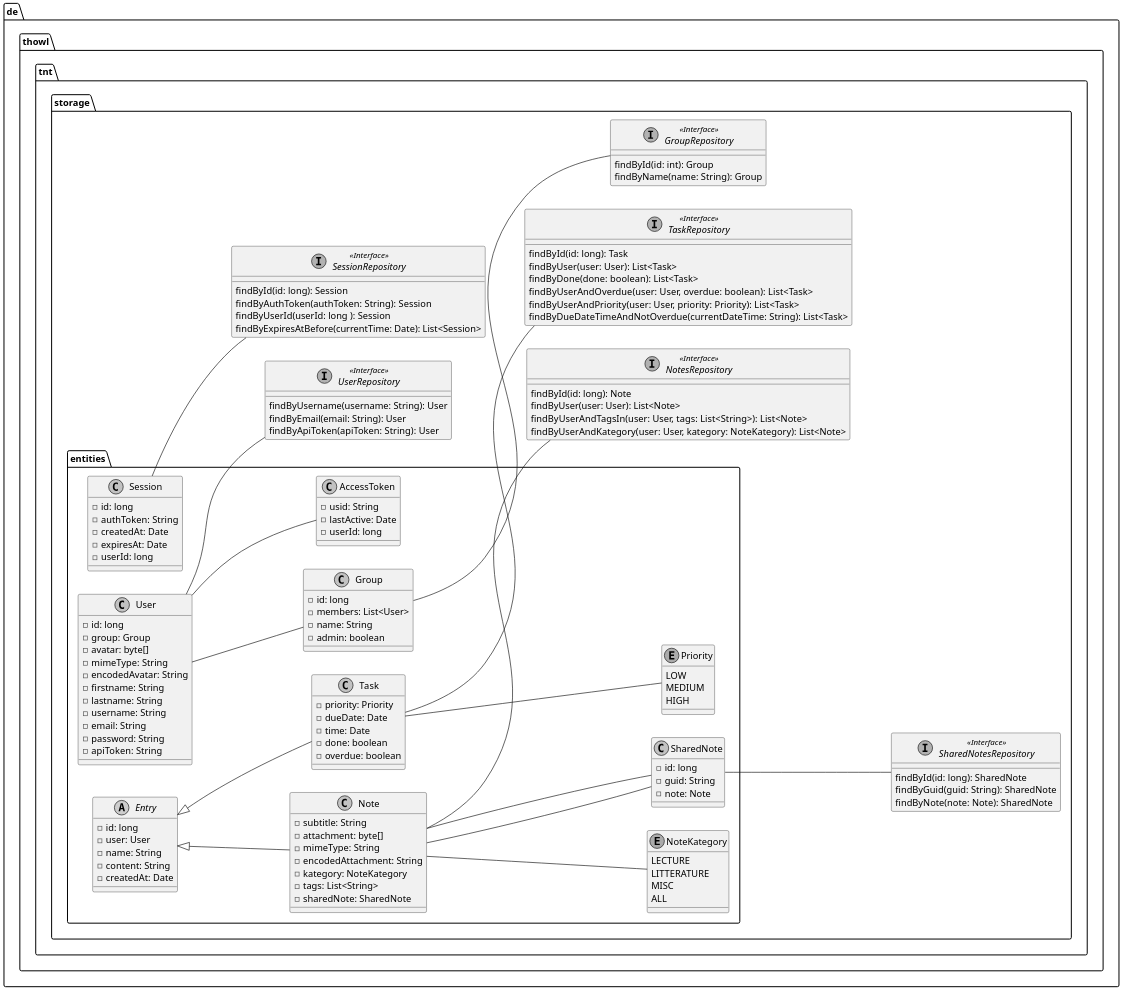
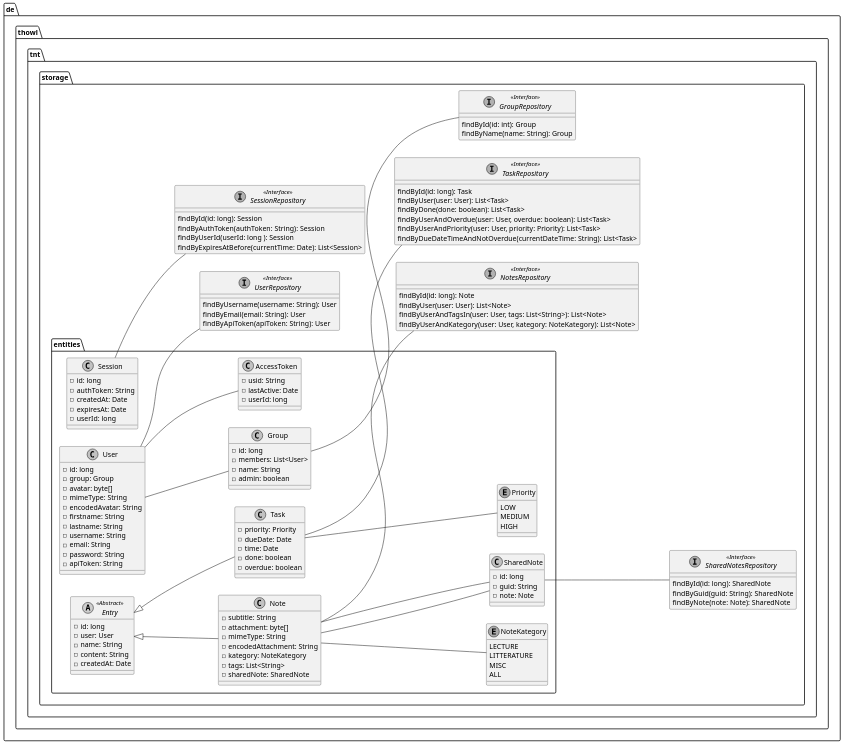
Before and after one commit to j0giwa/TnT: the second of 3 diagrams in doc/uml/tnt.puml, drawn with PlantUML. The commit also changed 1 other file, not shown here.

Commit message:
Updated a diagramm

```diff
--- a/doc/uml/tnt.puml
+++ b/doc/uml/tnt.puml
@@ -57,152 +57,152 @@
 @startuml tnt-storage
 
 skinparam monochrome true
-skinparam dpi 400
+skinparam dpi 300
 scale 200 width
 scale 700 height
 
 left to right direction
 
 package de.thowl.tnt.storage {
 
 	interface GroupRepository <<Interface>> {
 		findById(id: int): Group
 		findByName(name: String): Group
 	}
 
 	interface NotesRepository <<Interface>> {
 		findById(id: long): Note
 		findByUser(user: User): List<Note>
 		findByUserAndTagsIn(user: User, tags: List<String>): List<Note>
 		findByUserAndKategory(user: User, kategory: NoteKategory): List<Note>
 	}
 
 	interface SessionRepository <<Interface>> {
 		findById(id: long): Session
 		findByAuthToken(authToken: String): Session
 		findByUserId(userId: long ): Session
 		findByExpiresAtBefore(currentTime: Date): List<Session>
 
 	}
 
 	interface SharedNotesRepository <<Interface>> {
 		findById(id: long): SharedNote
 		findByGuid(guid: String): SharedNote
 		findByNote(note: Note): SharedNote
 	 }
 
 	interface TaskRepository <<Interface>> {
 		findById(id: long): Task
 		findByUser(user: User): List<Task>
 		findByDone(done: boolean): List<Task>
 		findByUserAndOverdue(user: User, overdue: boolean): List<Task>
 		findByUserAndPriority(user: User, priority: Priority): List<Task>
 		findByDueDateTimeAndNotOverdue(currentDateTime: String): List<Task>
 	}
 
 	interface UserRepository <<Interface>> {
 		findByUsername(username: String): User
 		findByEmail(email: String): User
 		findByApiToken(apiToken: String): User
 	}
 
 	package entities {
 
 		class User {
 			- id: long
 			- group: Group
 			- avatar: byte[]
 			- mimeType: String
 			- encodedAvatar: String
 			- firstname: String
 			- lastname: String
 			- username: String
 			- email: String
 			- password: String
 			- apiToken: String
 
 		}
 
 		class Group {
 			- id: long
 			- members: List<User>
 			- name: String
 			- admin: boolean
 		}
 
 		class AccessToken {
 			- usid: String
 			- lastActive: Date
 			- userId: long
 		}
 
-		abstract class Entry {
+		abstract class Entry <<Abstract>> {
 			- id: long
 			- user: User
 			- name: String
 			- content: String
 			- createdAt: Date
 		}
 
 		class Note extends Entry {
 			- subtitle: String
 			- attachment: byte[]
 			- mimeType: String
 			- encodedAttachment: String
 			- kategory: NoteKategory
 			- tags: List<String>
 			- sharedNote: SharedNote
 		}
 
 		class Task extends Entry {
 			- priority: Priority
 			- dueDate: Date
 			- time: Date
 			- done: boolean
 			- overdue: boolean
 
 		}
 
-  class SharedNote {
-    - id: long
-    - guid: String
-    - note: Note
-  }
+  		class SharedNote {
+			- id: long
+    			- guid: String
+    			- note: Note
+  		}
 
 		enum NoteKategory{
 			LECTURE
 			LITTERATURE
 			MISC
 			ALL
 		}
 
 		enum Priority {
 			LOW
 			MEDIUM
 			HIGH
 		}
 
 		class Session {
 			- id: long
 			- authToken: String 
 			- createdAt: Date 
 			- expiresAt: Date 
 			- userId: long
 		}
 	}
 
 	User -- UserRepository
 	User -- AccessToken
 	Group -- GroupRepository
 	Session -- SessionRepository
 	Task -- TaskRepository
 	Note -- NotesRepository
 	Note -- SharedNote
- SharedNote -- SharedNotesRepository
+	SharedNote -- SharedNotesRepository
 	Note -- NoteKategory
- Note -- SharedNote
- User -- Group
+	Note -- SharedNote
+	User -- Group
 	Task -- Priority
 }
 
 @enduml
```
